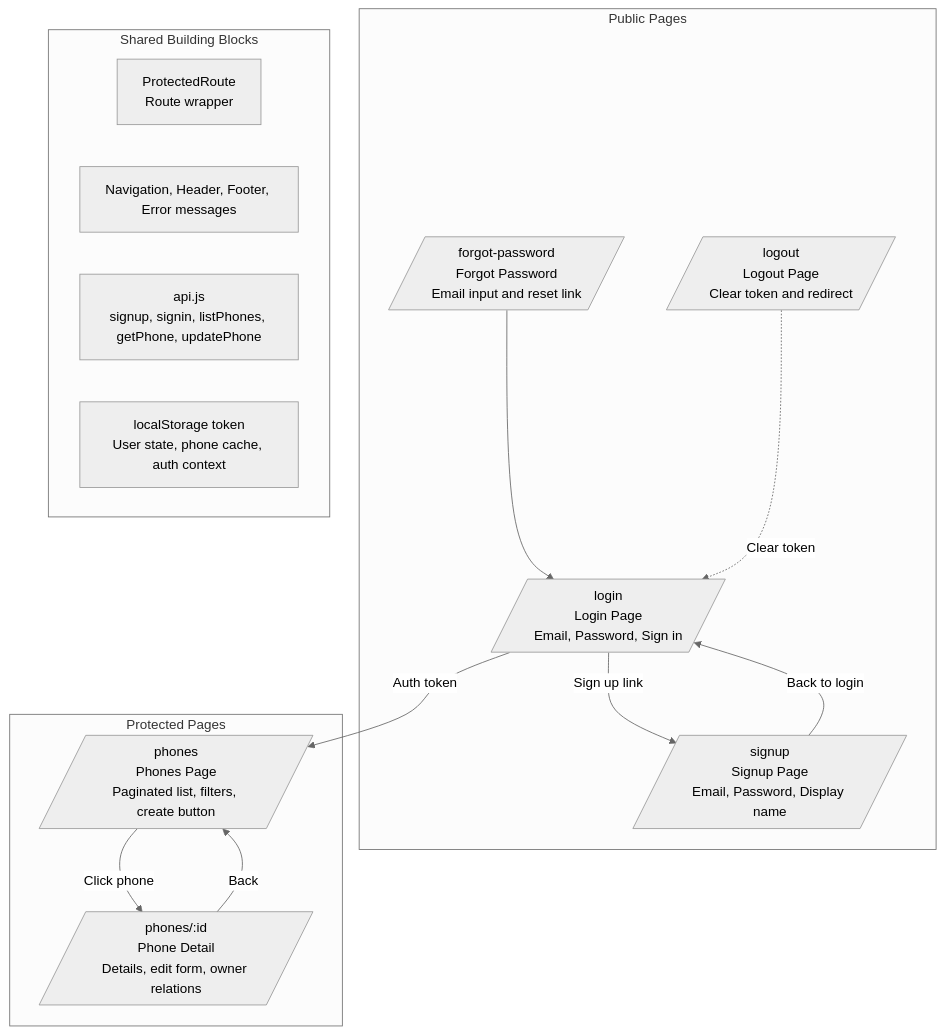
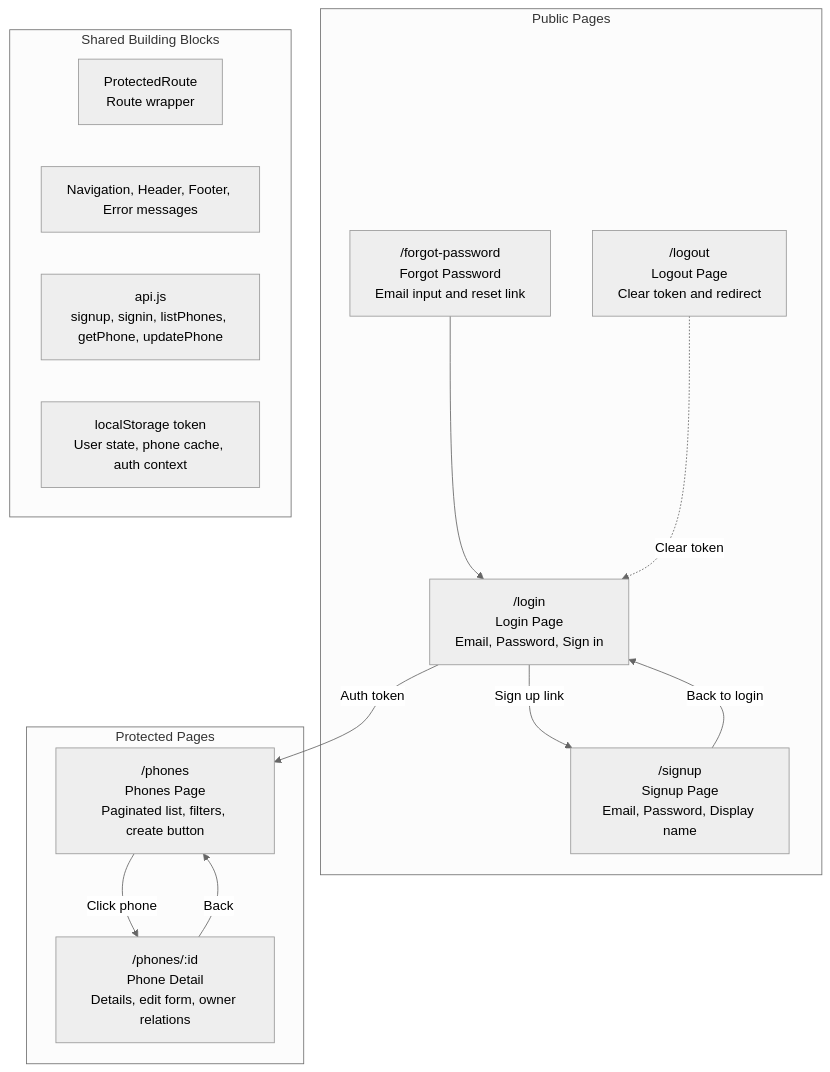
The diagram in docs/pages-frontend-map.md (tarsislimadev/fatec-yeb-db), drawn with Mermaid (neutral theme) before and after one commit. The commit also changed 5 other files, not shown here.

Commit message:
feat: update mermaid diagrams for authentication, overall architecture, phone management, request/response cycle, backend endpoints, and frontend pages for improved clarity

````diff
--- a/docs/pages-frontend-map.md
+++ b/docs/pages-frontend-map.md
@@ -5,29 +5,29 @@
 ```mermaid
 flowchart TB
-  subgraph public[Public Pages]
-    login[/login\nLogin Page\nEmail, Password, Sign in/]
-    signup[/signup\nSignup Page\nEmail, Password, Display name/]
-    forgot[/forgot-password\nForgot Password\nEmail input and reset link/]
-    logout[/logout\nLogout Page\nClear token and redirect/]
+  subgraph public["Public Pages"]
+    login["/login\nLogin Page\nEmail, Password, Sign in"]
+    signup["/signup\nSignup Page\nEmail, Password, Display name"]
+    forgot["/forgot-password\nForgot Password\nEmail input and reset link"]
+    logout["/logout\nLogout Page\nClear token and redirect"]
   end
 
-  subgraph protected[Protected Pages]
-    phones[/phones\nPhones Page\nPaginated list, filters, create button/]
-    phone[/phones/:id\nPhone Detail\nDetails, edit form, owner relations/]
+  subgraph protected["Protected Pages"]
+    phones["/phones\nPhones Page\nPaginated list, filters, create button"]
+    phone["/phones/:id\nPhone Detail\nDetails, edit form, owner relations"]
   end
 
-  subgraph shared[Shared Building Blocks]
-    route[ProtectedRoute\nRoute wrapper]
-    ui[Navigation, Header, Footer, Error messages]
-    api[api.js\nsignup, signin, listPhones, getPhone, updatePhone]
-    state[localStorage token\nUser state, phone cache, auth context]
+  subgraph shared["Shared Building Blocks"]
+    route["ProtectedRoute\nRoute wrapper"]
+    ui["Navigation, Header, Footer, Error messages"]
+    api["api.js\nsignup, signin, listPhones, getPhone, updatePhone"]
+    state["localStorage token\nUser state, phone cache, auth context"]
   end
 
   login -->|Sign up link| signup
   signup -->|Back to login| login
   forgot --> login
   login -->|Auth token| phones
   phones -->|Click phone| phone
   phone -->|Back| phones
   logout -.->|Clear token| login
 ```
````
